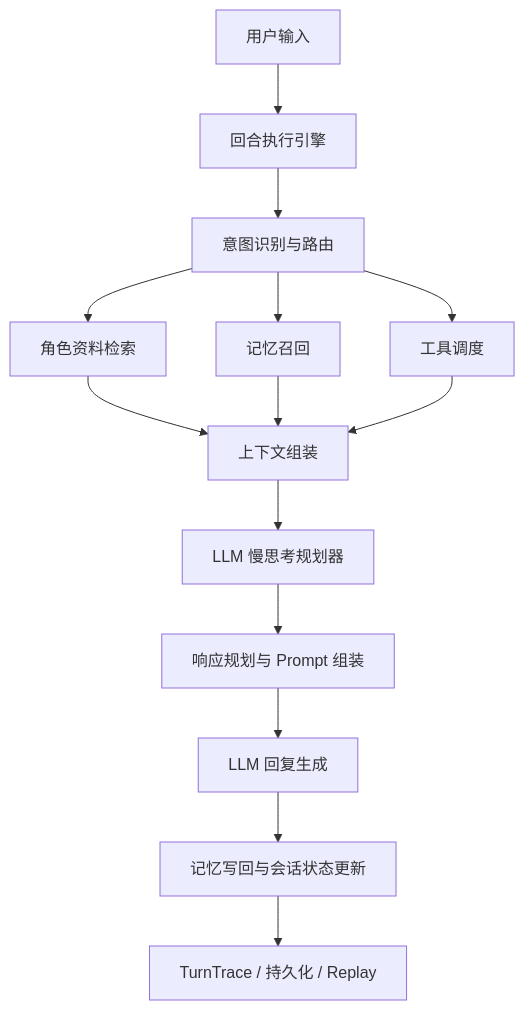
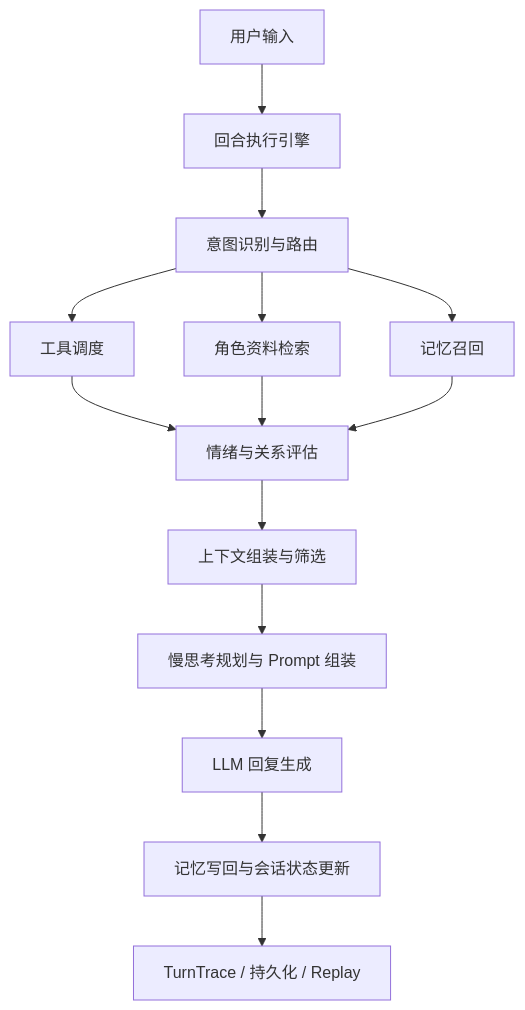
Before and after one commit to yukaich1/CompanionAgent_WeTalk: the diagram in README.md, drawn with Mermaid. The commit also changed other lines of this file, not shown here.

````diff
--- a/README.md
+++ b/README.md
@@ -257,16 +192,16 @@
 ```mermaid
 graph TD
     A["用户输入"] --> B["回合执行引擎"]
     B --> C["意图识别与路由"]
-    C --> D["角色资料检索"]
-    C --> E["记忆召回"]
-    C --> F["工具调度"]
-    D --> G["上下文组装"]
+    C --> D["工具调度"]
+    C --> E["角色资料检索"]
+    C --> F["记忆召回"]
+    D --> G["情绪与关系评估"]
     E --> G
     F --> G
-    G --> H["LLM 慢思考规划器"]
-    H --> I["响应规划与 Prompt 组装"]
+    G --> H["上下文组装与筛选"]
+    H --> I["慢思考规划与 Prompt 组装"]
     I --> J["LLM 回复生成"]
     J --> K["记忆写回与会话状态更新"]
     K --> L["TurnTrace / 持久化 / Replay"]
 ```
````
